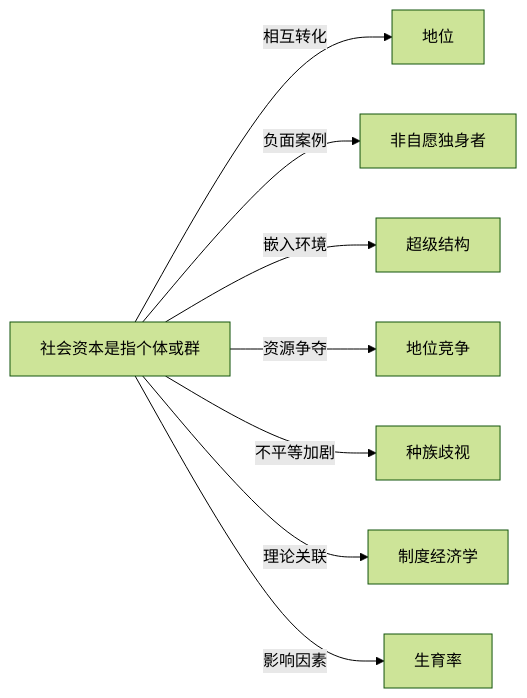
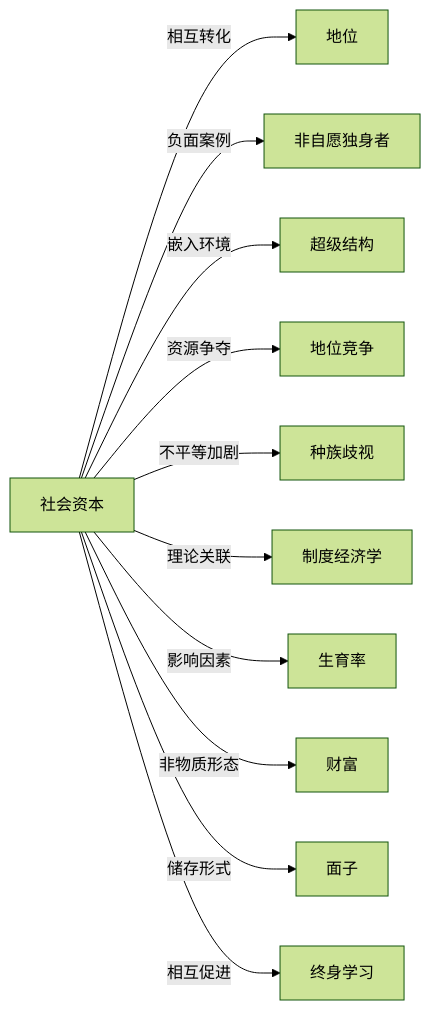
One commit to KIMMCHOW/MyKnowledge changed the diagram in Knowledge/Concepts/社会学/社会资本.md. Above: the diagram before and after it, drawn with Mermaid (forest theme). The commit also changed 96 other files, not shown here.

Commit message:
fix: 修复概念页关系图节点并补齐缺失关联

````diff
--- a/Knowledge/Concepts/社会学/社会资本.md
+++ b/Knowledge/Concepts/社会学/社会资本.md
@@ -50,10 +50,13 @@
 ```mermaid
 graph LR
-    社会资本是指个体或群 -->|相互转化| 地位
-    社会资本是指个体或群 -->|负面案例| 非自愿独身者
-    社会资本是指个体或群 -->|嵌入环境| 超级结构
-    社会资本是指个体或群 -->|资源争夺| 地位竞争
-    社会资本是指个体或群 -->|不平等加剧| 种族歧视
-    社会资本是指个体或群 -->|理论关联| 制度经济学
-    社会资本是指个体或群 -->|影响因素| 生育率
+社会资本 -->|相互转化| 地位
+社会资本 -->|负面案例| 非自愿独身者
+社会资本 -->|嵌入环境| 超级结构
+社会资本 -->|资源争夺| 地位竞争
+社会资本 -->|不平等加剧| 种族歧视
+社会资本 -->|理论关联| 制度经济学
+社会资本 -->|影响因素| 生育率
+社会资本 -->|非物质形态| 财富
+社会资本 -->|储存形式| 面子
+社会资本 -->|相互促进| 终身学习
 ```
````
